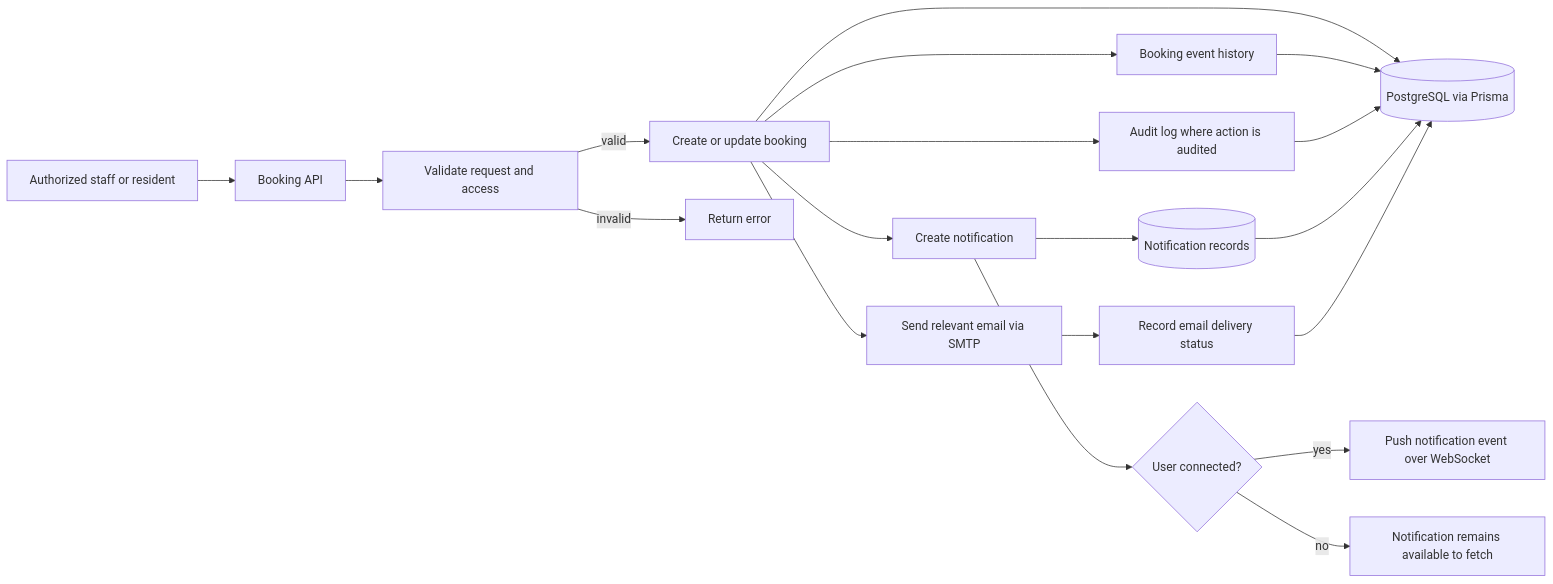
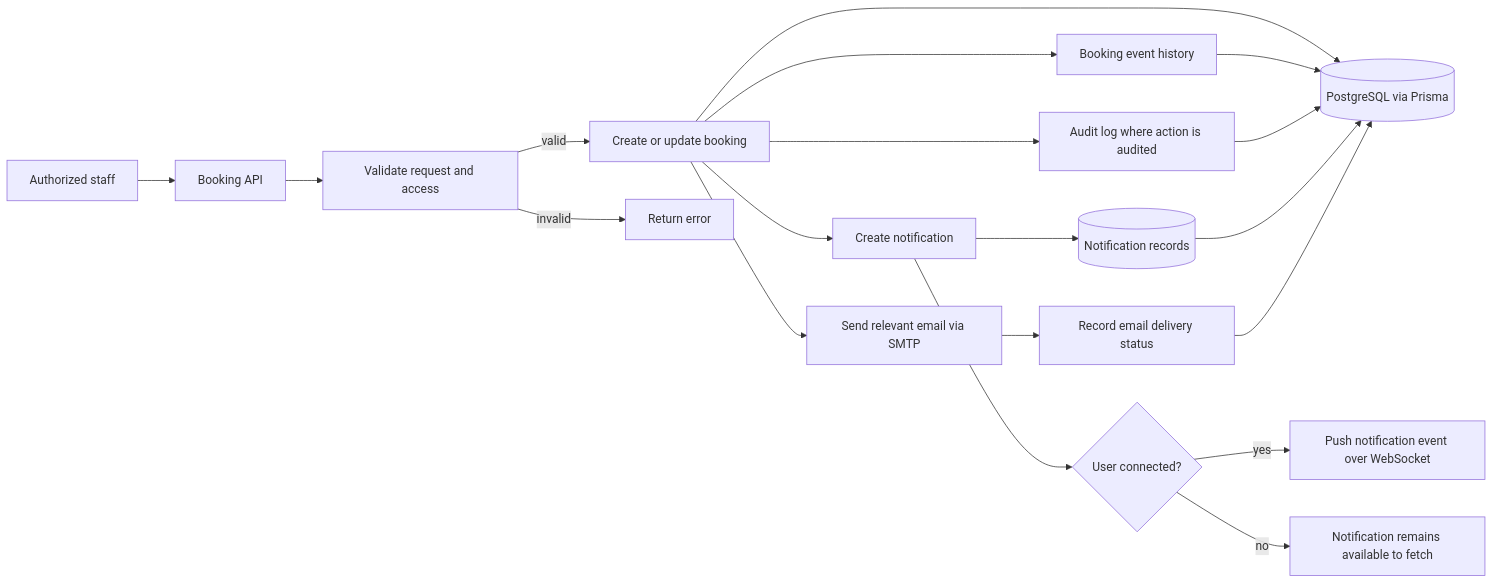
One commit to raihan-lail/room-management-system changed the tenth of 12 diagrams in docs/ARCHITECTURE.md. Above: the diagram before and after it, drawn with Mermaid. The commit also changed 9 other files, not shown here.

````diff
--- a/docs/ARCHITECTURE.md
+++ b/docs/ARCHITECTURE.md
@@ -265,21 +265,21 @@
 ```mermaid
 flowchart LR
-  Staff[Authorized staff or resident] --> BookingAPI[Booking API]
+  Staff[Authorized staff] --> BookingAPI[Booking API]
   BookingAPI --> Check[Validate request and access]
   Check -->|valid| Booking[Create or update booking]
   Check -->|invalid| Error[Return error]
   Booking --> DB[(PostgreSQL via Prisma)]
   Booking --> Event[Booking event history]
   Booking --> Audit[Audit log where action is audited]
   Booking --> Notify[Create notification]
   Notify --> NotificationDB[(Notification records)]
   Notify --> Online{User connected?}
   Online -->|yes| Push[Push notification event over WebSocket]
   Online -->|no| Later[Notification remains available to fetch]
   Booking --> Email[Send relevant email via SMTP]
   Email --> EmailLog[Record email delivery status]
   Event --> DB
   Audit --> DB
   NotificationDB --> DB
   EmailLog --> DB
 ```
````
